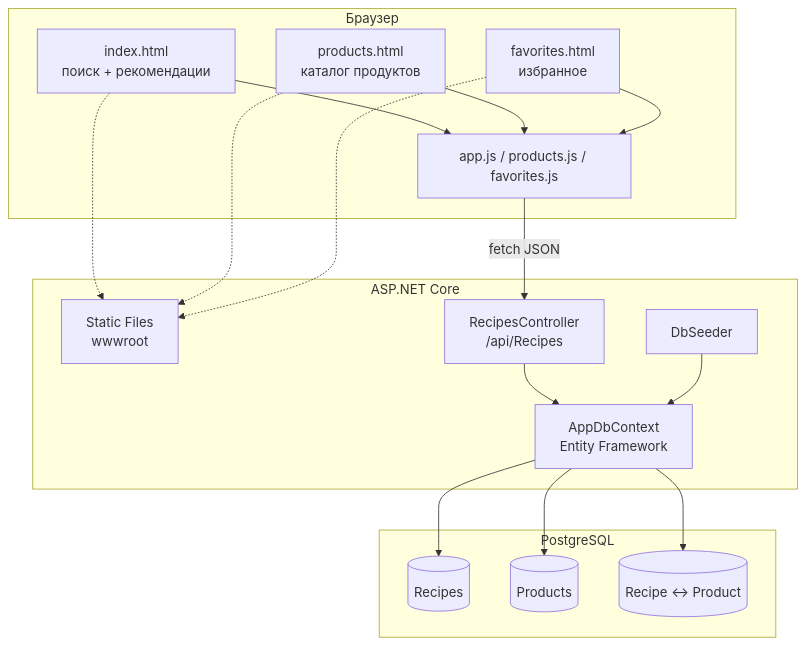
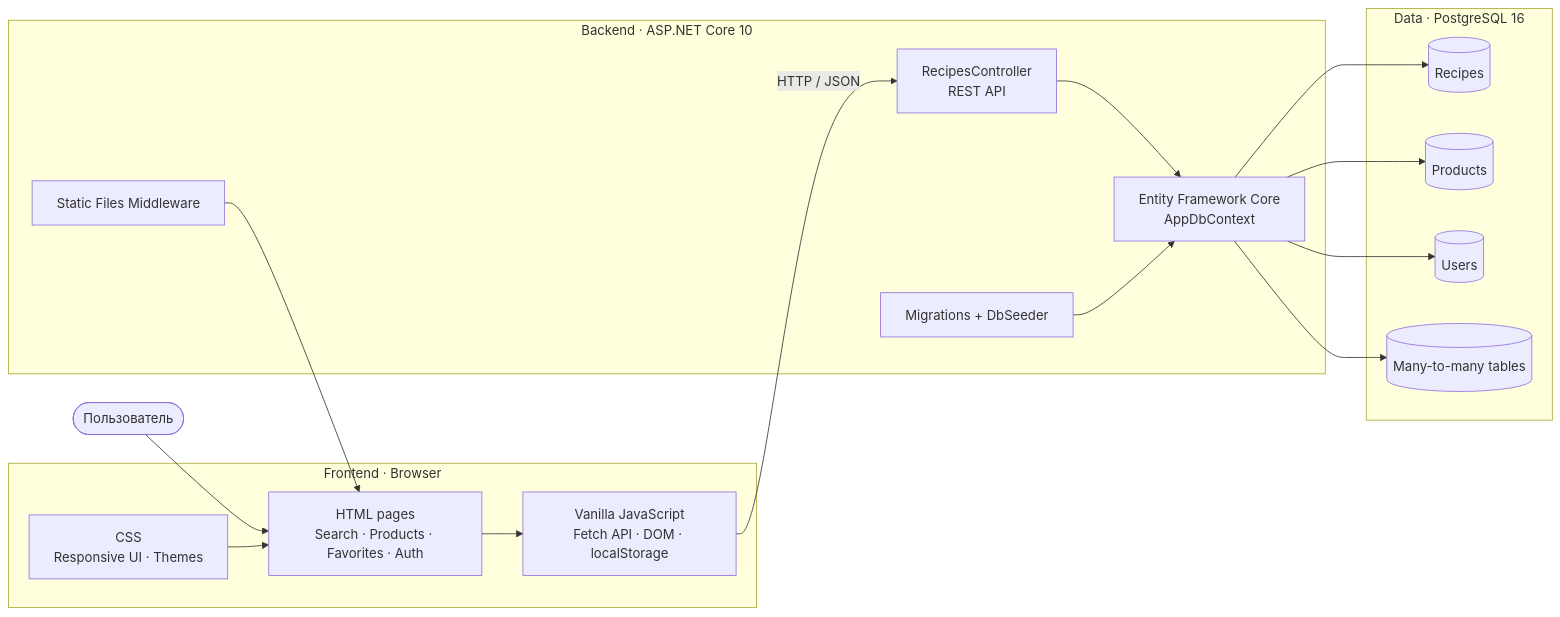
The first of 4 diagrams in README.md (Hopih/RecipeFinder), drawn with Mermaid before and after one commit. The commit also changed other lines of this file, not shown here.

````diff
--- a/README.md
+++ b/README.md
@@ -11,35 +36,36 @@
 ```mermaid
-flowchart TB
-  subgraph Client["Браузер"]
-    Index["index.html<br/>поиск + рекомендации"]
-    Products["products.html<br/>каталог продуктов"]
-    Favorites["favorites.html<br/>избранное"]
-    JS["app.js / products.js / favorites.js"]
-  end
+flowchart LR
+    User([Пользователь])
 
-  subgraph Server["ASP.NET Core"]
-    Static["Static Files<br/>wwwroot"]
-    API["RecipesController<br/>/api/Recipes"]
-    EF["AppDbContext<br/>Entity Framework"]
-    Seeder["DbSeeder"]
-  end
+    subgraph Browser["Frontend · Browser"]
+        Pages["HTML pages<br/>Search · Products · Favorites · Auth"]
+        Scripts["Vanilla JavaScript<br/>Fetch API · DOM · localStorage"]
+        Styles["CSS<br/>Responsive UI · Themes"]
+    end
 
-  subgraph DB["PostgreSQL"]
-    Recipes[(Recipes)]
-    ProductsTable[(Products)]
-    Join[(Recipe ↔ Product)]
-  end
+    subgraph Backend["Backend · ASP.NET Core 10"]
+        Static["Static Files Middleware"]
+        Controller["RecipesController<br/>REST API"]
+        EF["Entity Framework Core<br/>AppDbContext"]
+        Seeder["Migrations + DbSeeder"]
+    end
 
-  Index --> JS
-  Products --> JS
-  Favorites --> JS
-  JS -->|"fetch JSON"| API
-  Index -.-> Static
-  Products -.-> Static
-  Favorites -.-> Static
-  API --> EF
-  Seeder --> EF
-  EF --> Recipes
-  EF --> ProductsTable
-  EF --> Join
+    subgraph Storage["Data · PostgreSQL 16"]
+        Recipes[(Recipes)]
+        Products[(Products)]
+        Users[(Users)]
+        Relations[(Many-to-many tables)]
+    end
+
+    User --> Pages
+    Pages --> Scripts
+    Styles --> Pages
+    Scripts -->|"HTTP / JSON"| Controller
+    Static --> Pages
+    Controller --> EF
+    Seeder --> EF
+    EF --> Recipes
+    EF --> Products
+    EF --> Users
+    EF --> Relations
 ```
````
